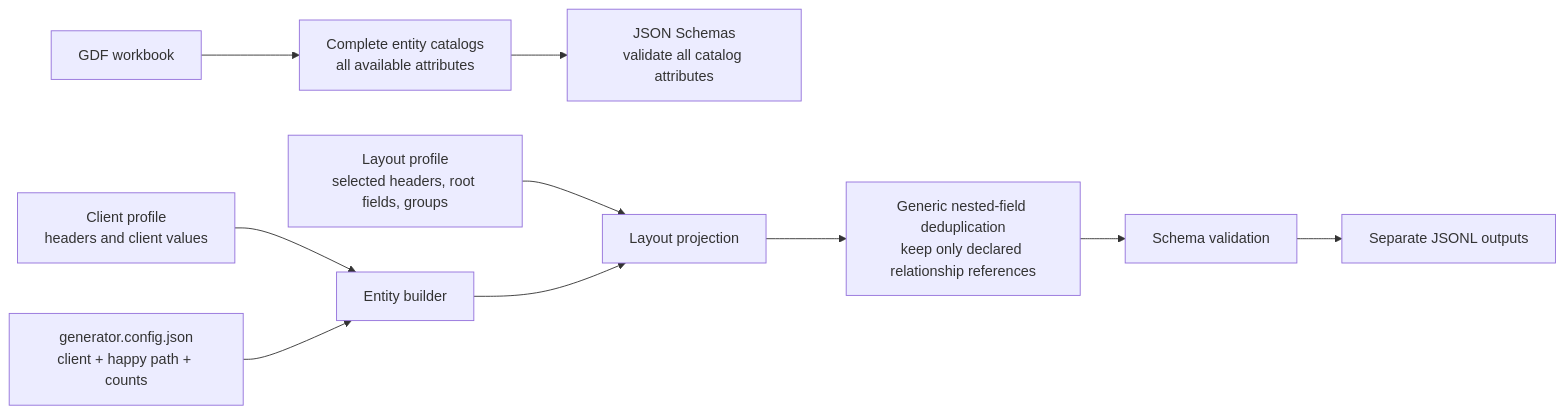
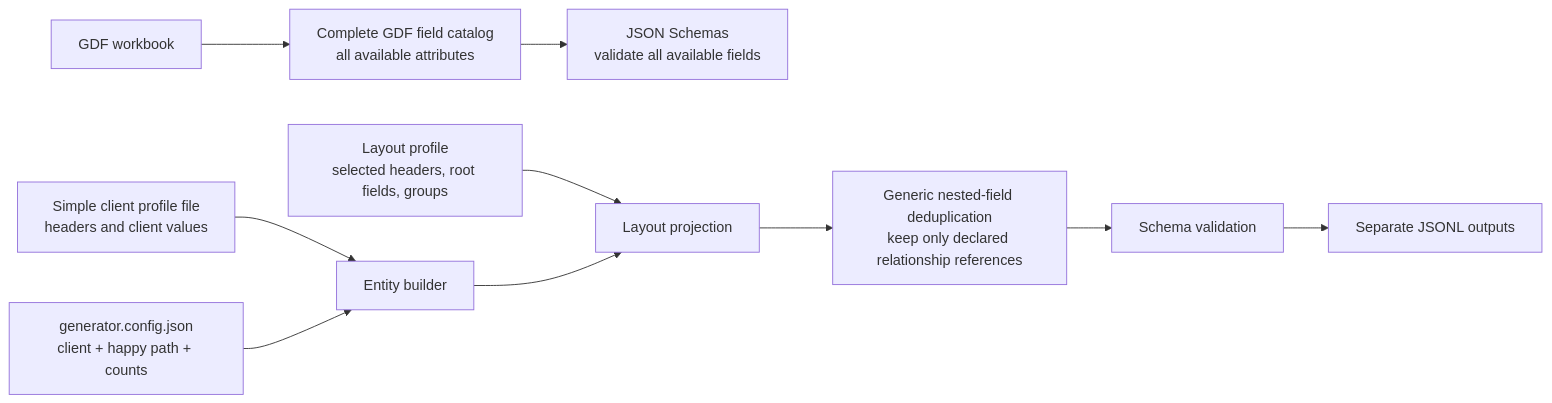
The diagram in README.md (gaganpandey58/test-data-generator), drawn with Mermaid before and after one commit. The commit also changed other lines of this file and 32 other files, not shown here.

````diff
--- a/README.md
+++ b/README.md
@@ -22,12 +22,12 @@
 ```mermaid
 flowchart LR
-    A["GDF workbook"] --> B["Complete entity catalogs<br/>all available attributes"]
-    B --> C["JSON Schemas<br/>validate all catalog attributes"]
-    D["Client profile<br/>headers and client values"] --> F["Entity builder"]
+    A["GDF workbook"] --> B["Complete GDF field catalog<br/>all available attributes"]
+    B --> C["JSON Schemas<br/>validate all available fields"]
+    D["Simple client profile file<br/>headers and client values"] --> F["Entity builder"]
     E["Layout profile<br/>selected headers, root fields, groups"] --> G["Layout projection"]
     F --> G
     G --> H["Generic nested-field deduplication<br/>keep only declared relationship references"]
     H --> I["Schema validation"]
     I --> J["Separate JSONL outputs"]
     K["generator.config.json<br/>client + happy path + counts"] --> F
 ```
````
